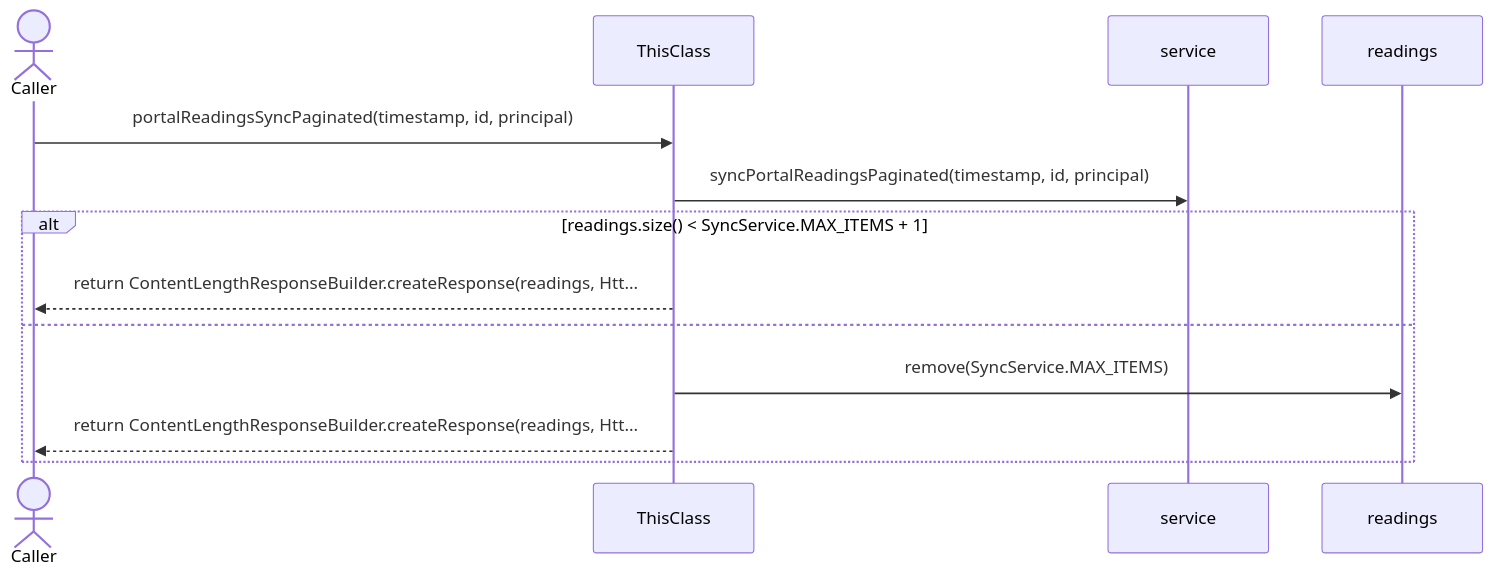
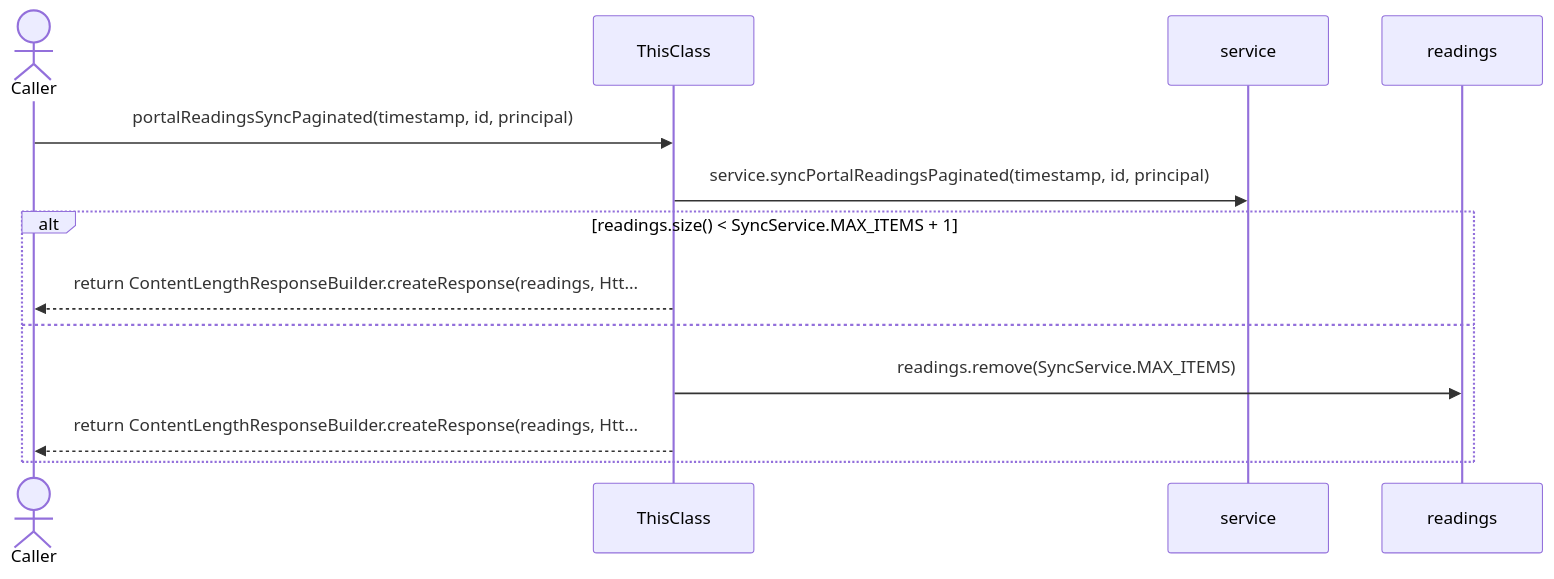
Before and after one commit to FelipeMCassiano/geanky: the fourth of 6 diagrams in docs/BoatSyncController.md, drawn with Mermaid. The commit also changed other lines of this file and 6 other files, not shown here.

````diff
--- a/docs/BoatSyncController.md
+++ b/docs/BoatSyncController.md
@@ -185,17 +185,17 @@
 ```mermaid
 sequenceDiagram
     actor Caller
     participant ThisClass
     participant service
     participant readings
 
     Caller->>ThisClass: portalReadingsSyncPaginated(timestamp, id, principal)
-    ThisClass->>service: syncPortalReadingsPaginated(timestamp, id, principal)
+    ThisClass->>service: service.syncPortalReadingsPaginated(timestamp, id, principal)
     alt readings.size() < SyncService.MAX_ITEMS + 1
     ThisClass-->>Caller: return ContentLengthResponseBuilder.createResponse(readings, Htt...
     else
-    ThisClass->>readings: remove(SyncService.MAX_ITEMS)
+    ThisClass->>readings: readings.remove(SyncService.MAX_ITEMS)
     ThisClass-->>Caller: return ContentLengthResponseBuilder.createResponse(readings, Htt...
     end
 
 ```
````
